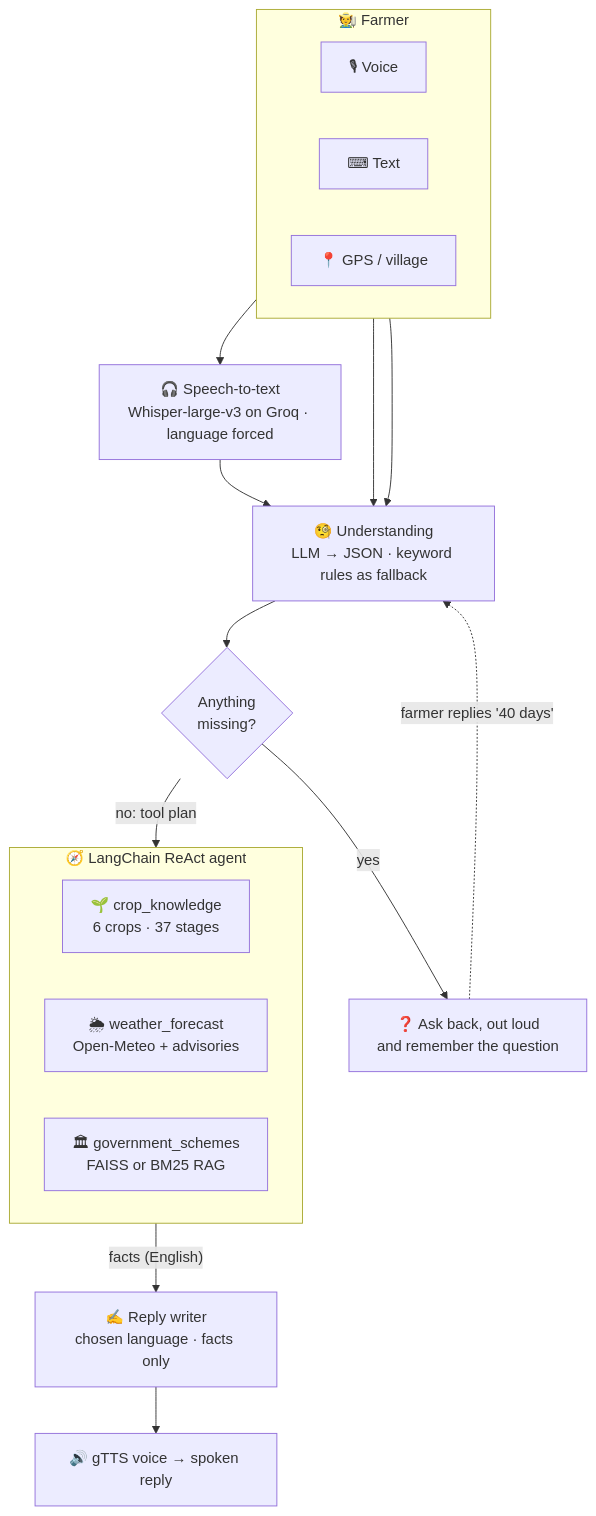
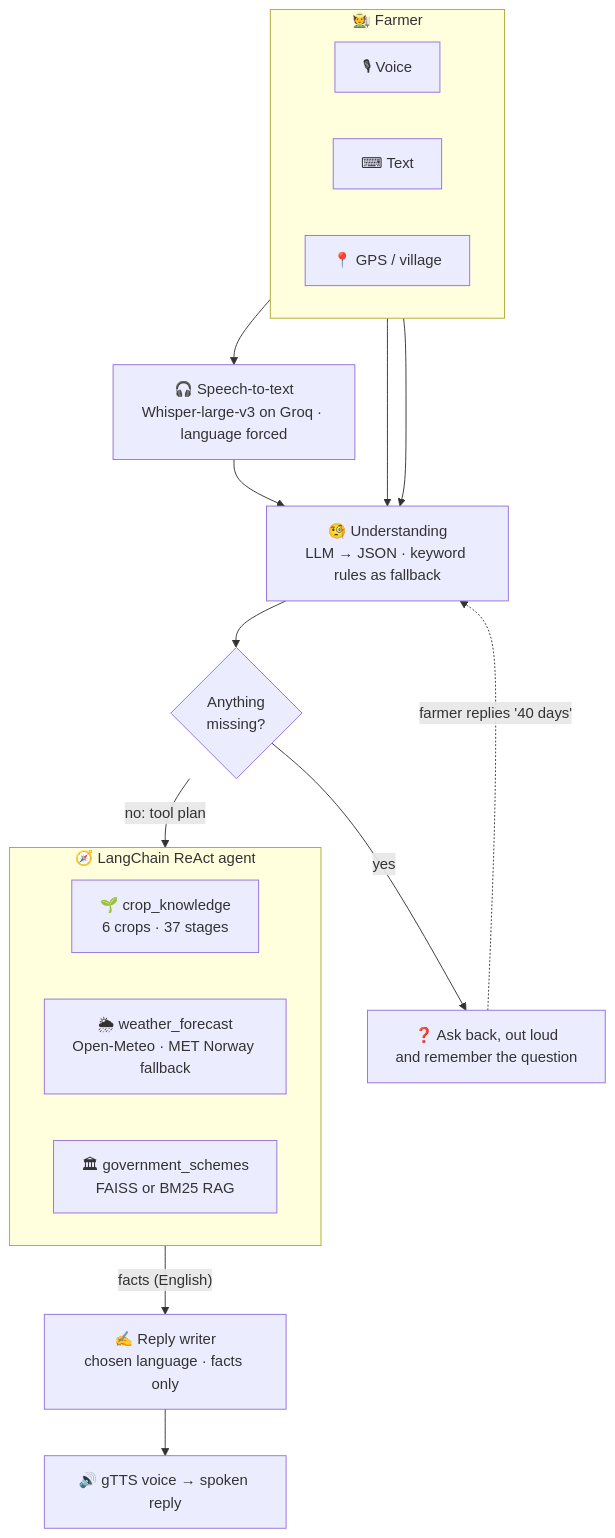
One commit to sehscape/Multilingual-Agri-AI-Agent changed the second of 6 diagrams in README.md. Above: the diagram before and after it, drawn with Mermaid. The commit also changed other lines of this file and 3 other files, not shown here.

First line of the commit message:
Weather: fall back to MET Norway when Open-Meteo refuses

````diff
--- a/README.md
+++ b/README.md
@@ -135,33 +135,33 @@
 ```mermaid
 flowchart TD
     subgraph IN["🧑‍🌾 Farmer"]
         direction LR
         MIC["🎙 Voice"]
         TXT["⌨ Text"]
         GPS["📍 GPS / village"]
     end
 
     STT["🎧 Speech-to-text<br/>Whisper-large-v3 on Groq · language forced"]
     U["🧐 Understanding<br/>LLM → JSON · keyword rules as fallback"]
     C{"Anything<br/>missing?"}
     ASK["❓ Ask back, out loud<br/>and remember the question"]
 
     subgraph AGENT["🧭 LangChain ReAct agent"]
         direction LR
         T1["🌱 crop_knowledge<br/>6 crops · 37 stages"]
-        T2["🌦 weather_forecast<br/>Open-Meteo + advisories"]
+        T2["🌦 weather_forecast<br/>Open-Meteo · MET Norway fallback"]
         T3["🏛 government_schemes<br/>FAISS or BM25 RAG"]
     end
 
     W["✍ Reply writer<br/>chosen language · facts only"]
     V["🔊 gTTS voice → spoken reply"]
 
     MIC --> STT --> U
     TXT --> U
     GPS --> U
     U --> C
     C -- "yes" --> ASK
     ASK -. "farmer replies '40 days'" .-> U
     C -- "no: tool plan" --> AGENT
     AGENT -- "facts (English)" --> W --> V
 ```
````
